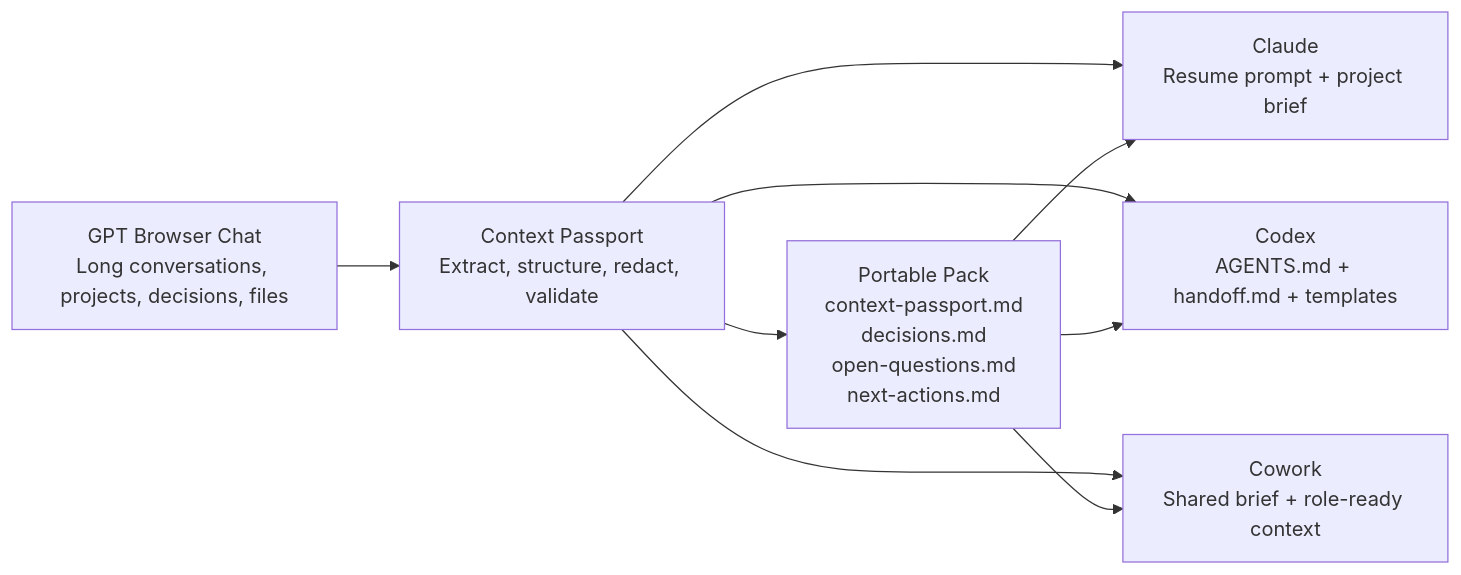
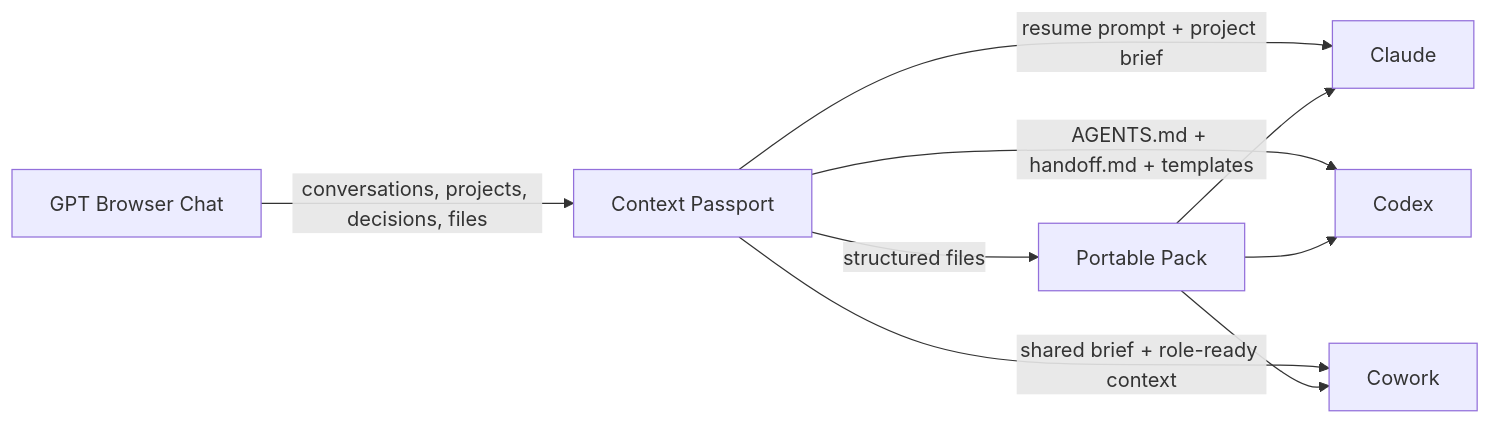
The diagram in README.md (macio-arruda/context-passport), drawn with Mermaid before and after one commit.

Commit message:
Simplify Mermaid transfer diagram

````diff
--- a/README.md
+++ b/README.md
@@ -19,13 +19,13 @@
 ```mermaid
 flowchart LR
-    A["GPT Browser Chat<br/>Long conversations, projects, decisions, files"] --> B["Context Passport<br/>Extract, structure, redact, validate"]
+    A["GPT Browser Chat"] -->|"conversations, projects, decisions, files"| B["Context Passport"]
 
-    B --> C["Claude<br/>Resume prompt + project brief"]
-    B --> D["Codex<br/>AGENTS.md + handoff.md + templates"]
-    B --> E["Cowork<br/>Shared brief + role-ready context"]
+    B -->|"resume prompt + project brief"| C["Claude"]
+    B -->|"AGENTS.md + handoff.md + templates"| D["Codex"]
+    B -->|"shared brief + role-ready context"| E["Cowork"]
 
-    B --> F["Portable Pack<br/>context-passport.md<br/>decisions.md<br/>open-questions.md<br/>next-actions.md"]
+    B -->|"structured files"| F["Portable Pack"]
     F --> C
     F --> D
     F --> E
 ```
````
